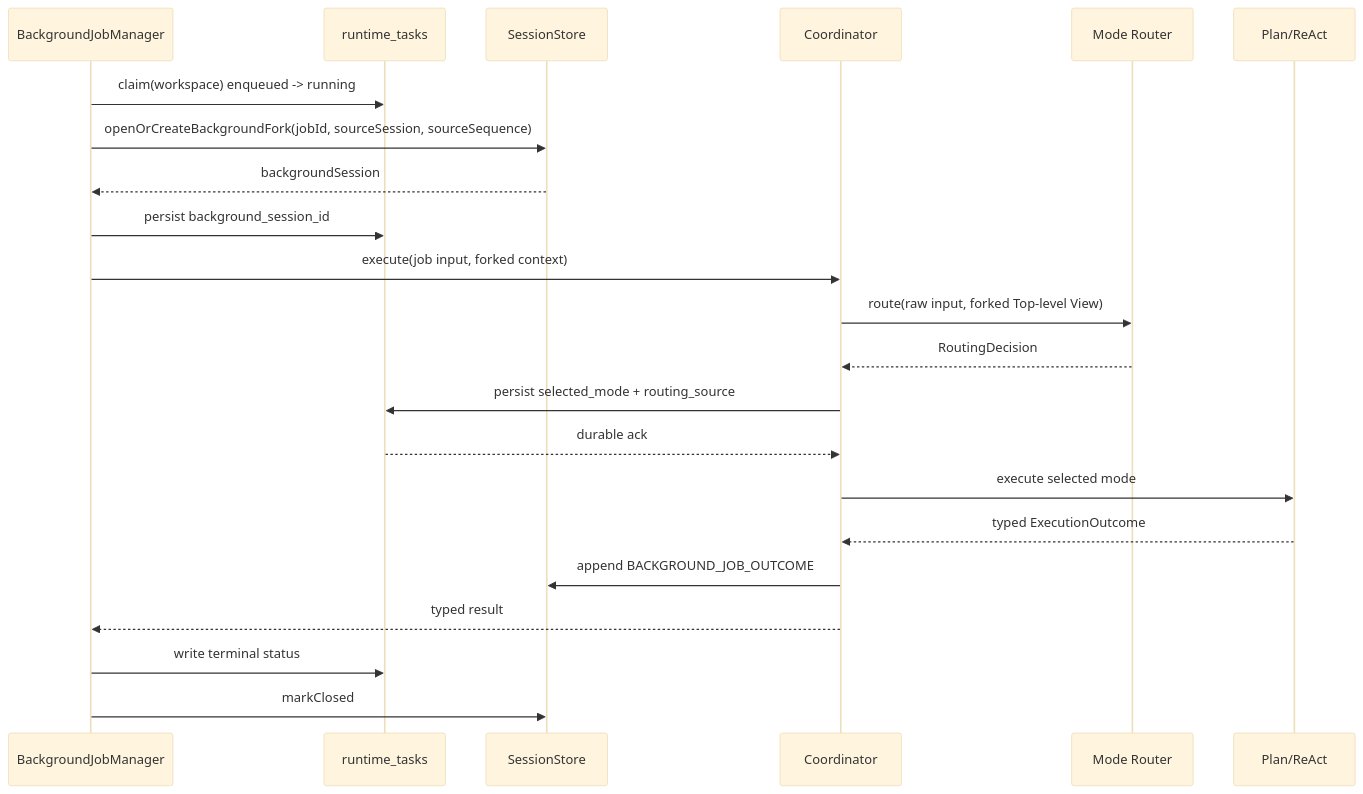
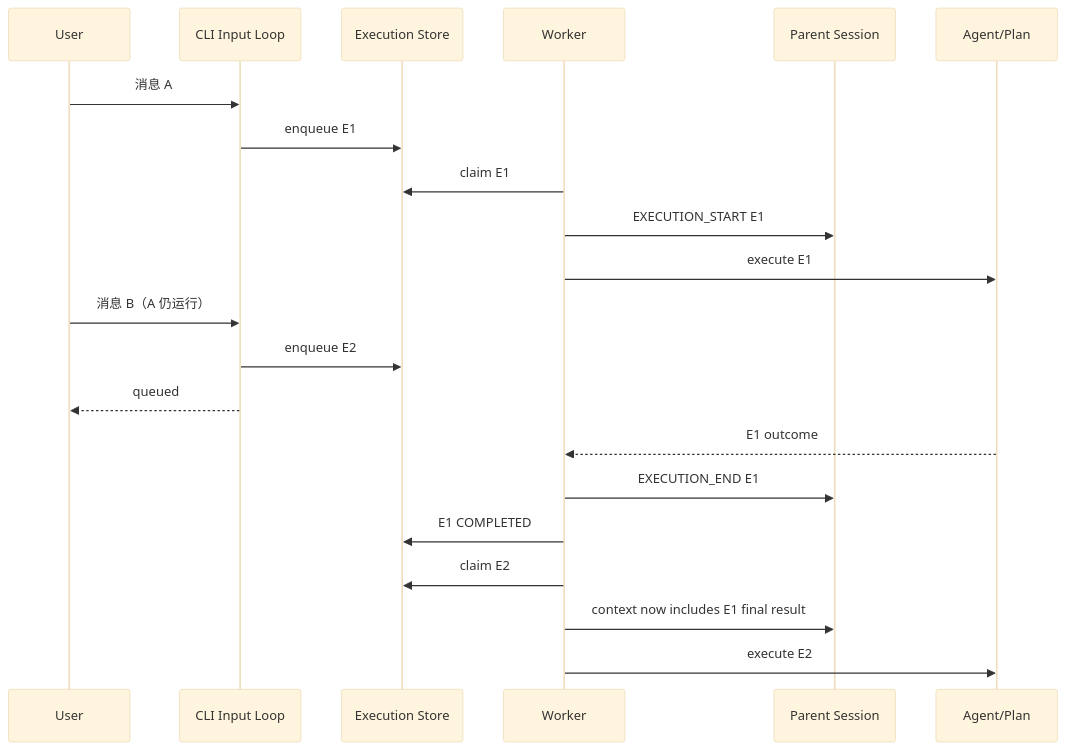
The third of 4 diagrams in docs/dev/31-unified-background-execution-runtime.md (zgjdev/Code-Agent), drawn with Mermaid (base theme) before and after one commit. The commit also changed other lines of this file, not shown here.

Commit message:
docs(runtime): unify top-level turns in durable execution queue

```diff
--- a/docs/dev/31-unified-background-execution-runtime.md
+++ b/docs/dev/31-unified-background-execution-runtime.md
@@ -577,25 +821,27 @@
 ~~~mermaid
 sequenceDiagram
-    participant M as BackgroundJobManager
-    participant DB as runtime_tasks
-    participant SS as SessionStore
-    participant C as Coordinator
-    participant R as Mode Router
-    participant P as Plan/ReAct
+    participant U as User
+    participant CLI as CLI Input Loop
+    participant DB as Execution Store
+    participant W as Worker
+    participant S as Parent Session
+    participant A as Agent/Plan
 
-    M->>DB: claim(workspace) enqueued -> running
-    M->>SS: openOrCreateBackgroundFork(jobId, sourceSession, sourceSequence)
-    SS-->>M: backgroundSession
-    M->>DB: persist background_session_id
-    M->>C: execute(job input, forked context)
-    C->>R: route(raw input, forked Top-level View)
-    R-->>C: RoutingDecision
-    C->>DB: persist selected_mode + routing_source
-    DB-->>C: durable ack
-    C->>P: execute selected mode
-    P-->>C: typed ExecutionOutcome
-    C->>SS: append BACKGROUND_JOB_OUTCOME
-    C-->>M: typed result
-    M->>DB: write terminal status
-    M->>SS: markClosed
+    U->>CLI: 消息 A
+    CLI->>DB: enqueue E1
+    W->>DB: claim E1
+    W->>S: EXECUTION_START E1
+    W->>A: execute E1
+
+    U->>CLI: 消息 B（A 仍运行）
+    CLI->>DB: enqueue E2
+    CLI-->>U: queued #2
+
+    A-->>W: E1 outcome
+    W->>S: EXECUTION_END E1
+    W->>DB: E1 COMPLETED
+
+    W->>DB: claim E2
+    W->>S: context now includes E1 final result
+    W->>A: execute E2
 ~~~
```
